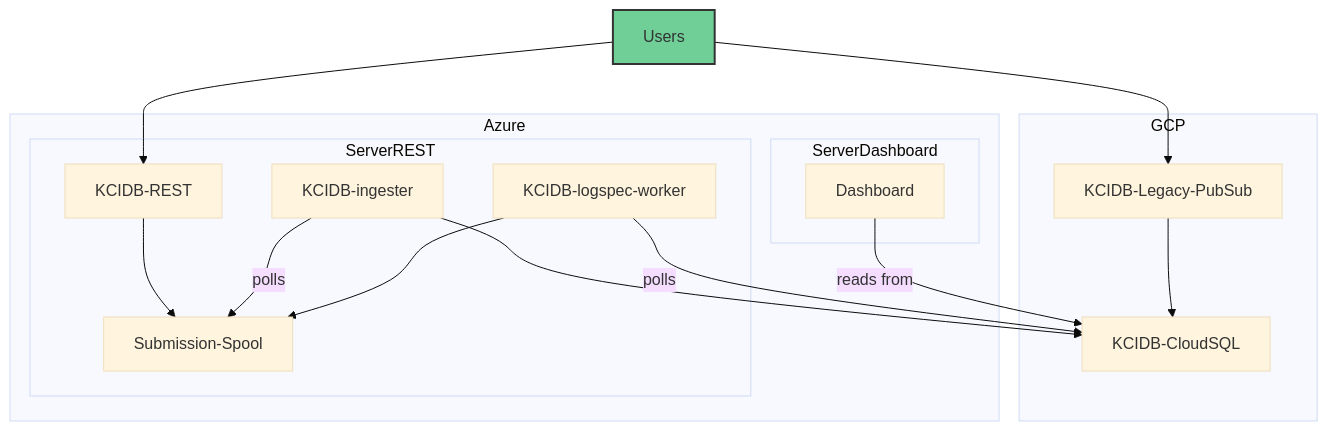
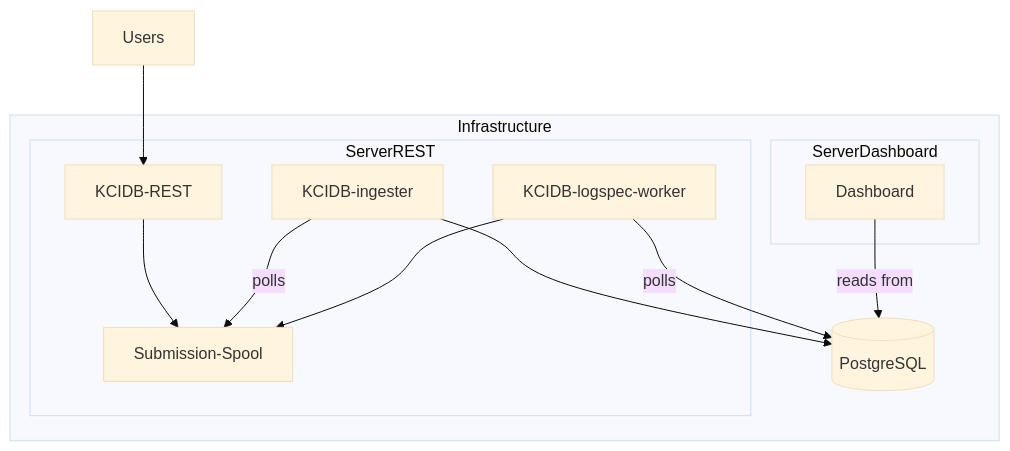
The first of 2 diagrams in SUBMITTERS.md (kernelci/kcidb-ng), drawn with Mermaid (base theme) before and after one commit. The commit also changed 3 other files, not shown here.

Commit message:
google cloud: Remove references and options for legacy Google Cloud infra

````diff
--- a/SUBMITTERS.md
+++ b/SUBMITTERS.md
@@ -52,41 +52,29 @@
 ```mermaid
 flowchart TD
     Users[Users]
 
-    subgraph GCP
-        KCIDBCloudSQL[KCIDB-CloudSQL]
-        KCIDBLegacyPubSub[KCIDB-Legacy-PubSub]
-    end
-
-    subgraph Azure
+    subgraph Infrastructure
         subgraph ServerREST
             KCIDBREST[KCIDB-REST]
             KCIDBlogspecworker[KCIDB-logspec-worker]
             KCIDBingester[KCIDB-ingester]
             SubmissionSpool[Submission-Spool]
         end
         subgraph ServerDashboard
             Dashboard[Dashboard]
         end
+        Database[(PostgreSQL)]
     end
 
     %% Data flows
-    Users --> KCIDBLegacyPubSub
-    KCIDBLegacyPubSub --> KCIDBCloudSQL
-
     Users --> KCIDBREST
     KCIDBREST --> SubmissionSpool
 
     KCIDBingester -- polls --> SubmissionSpool
-    KCIDBingester --> KCIDBCloudSQL
+    KCIDBingester --> Database
 
-    KCIDBlogspecworker -- polls --> KCIDBCloudSQL
+    KCIDBlogspecworker -- polls --> Database
     KCIDBlogspecworker --> SubmissionSpool
 
-    Dashboard -- reads from --> KCIDBCloudSQL
-
-    %% Styles
-    classDef user fill:#6FCF97,stroke:#333,stroke-width:2px;
-    class Users user;
-
+    Dashboard -- reads from --> Database
 ```
````
